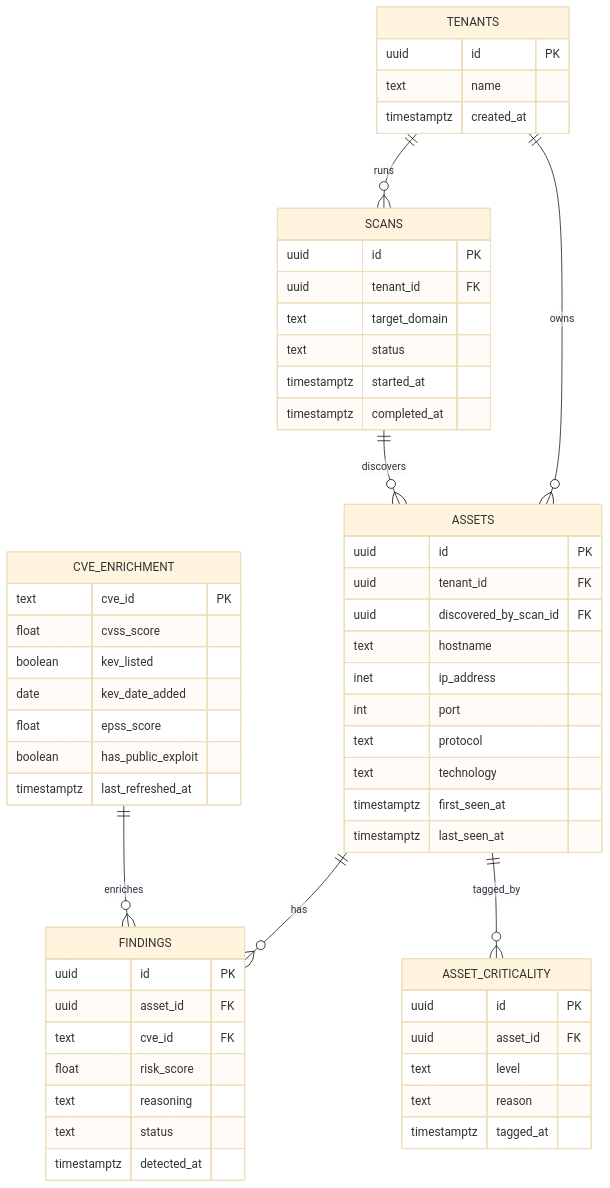
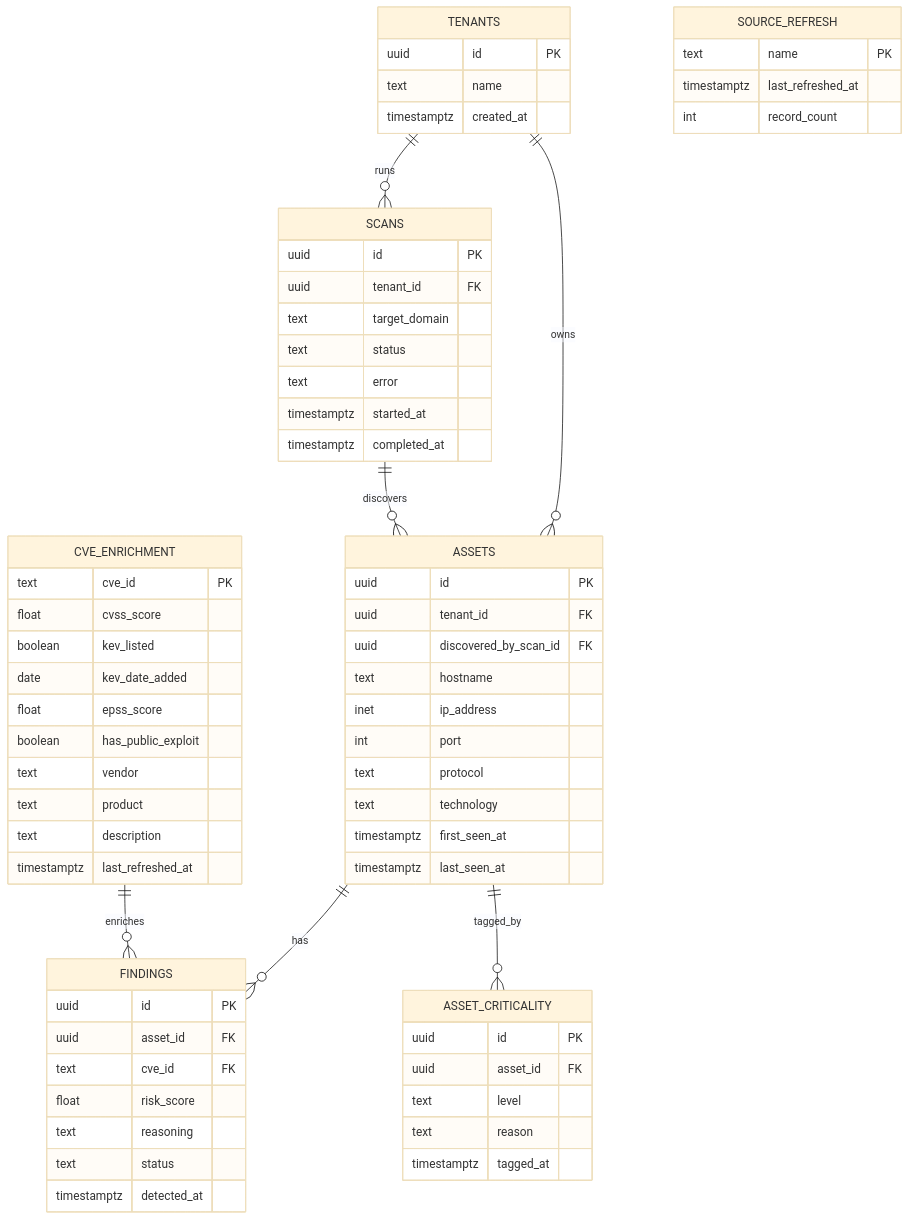
One commit to shivambhadane/cerberus changed the diagram in docs/DATABASE_SCHEMA.md. Above: the diagram before and after it, drawn with Mermaid (base theme). The commit also changed other lines of this file and 50 other files, not shown here.

````diff
--- a/docs/DATABASE_SCHEMA.md
+++ b/docs/DATABASE_SCHEMA.md
@@ -14,65 +14,75 @@
 ```mermaid
 erDiagram
     TENANTS ||--o{ SCANS : runs
     TENANTS ||--o{ ASSETS : owns
     SCANS ||--o{ ASSETS : discovers
     ASSETS ||--o{ FINDINGS : has
     CVE_ENRICHMENT ||--o{ FINDINGS : enriches
     ASSETS ||--o{ ASSET_CRITICALITY : tagged_by
 
     TENANTS {
         uuid id PK
         text name
         timestamptz created_at
     }
 
     SCANS {
         uuid id PK
         uuid tenant_id FK
         text target_domain
         text status
+        text error
         timestamptz started_at
         timestamptz completed_at
     }
 
     ASSETS {
         uuid id PK
         uuid tenant_id FK
         uuid discovered_by_scan_id FK
         text hostname
         inet ip_address
         int port
         text protocol
         text technology
         timestamptz first_seen_at
         timestamptz last_seen_at
     }
 
     ASSET_CRITICALITY {
         uuid id PK
         uuid asset_id FK
         text level
         text reason
         timestamptz tagged_at
     }
 
     CVE_ENRICHMENT {
         text cve_id PK
         float cvss_score
         boolean kev_listed
         date kev_date_added
         float epss_score
         boolean has_public_exploit
+        text vendor
+        text product
+        text description
         timestamptz last_refreshed_at
+    }
+
+    SOURCE_REFRESH {
+        text name PK
+        timestamptz last_refreshed_at
+        int record_count
     }
 
     FINDINGS {
         uuid id PK
         uuid asset_id FK
         text cve_id FK
         float risk_score
         text reasoning
         text status
         timestamptz detected_at
     }
 ```
````
